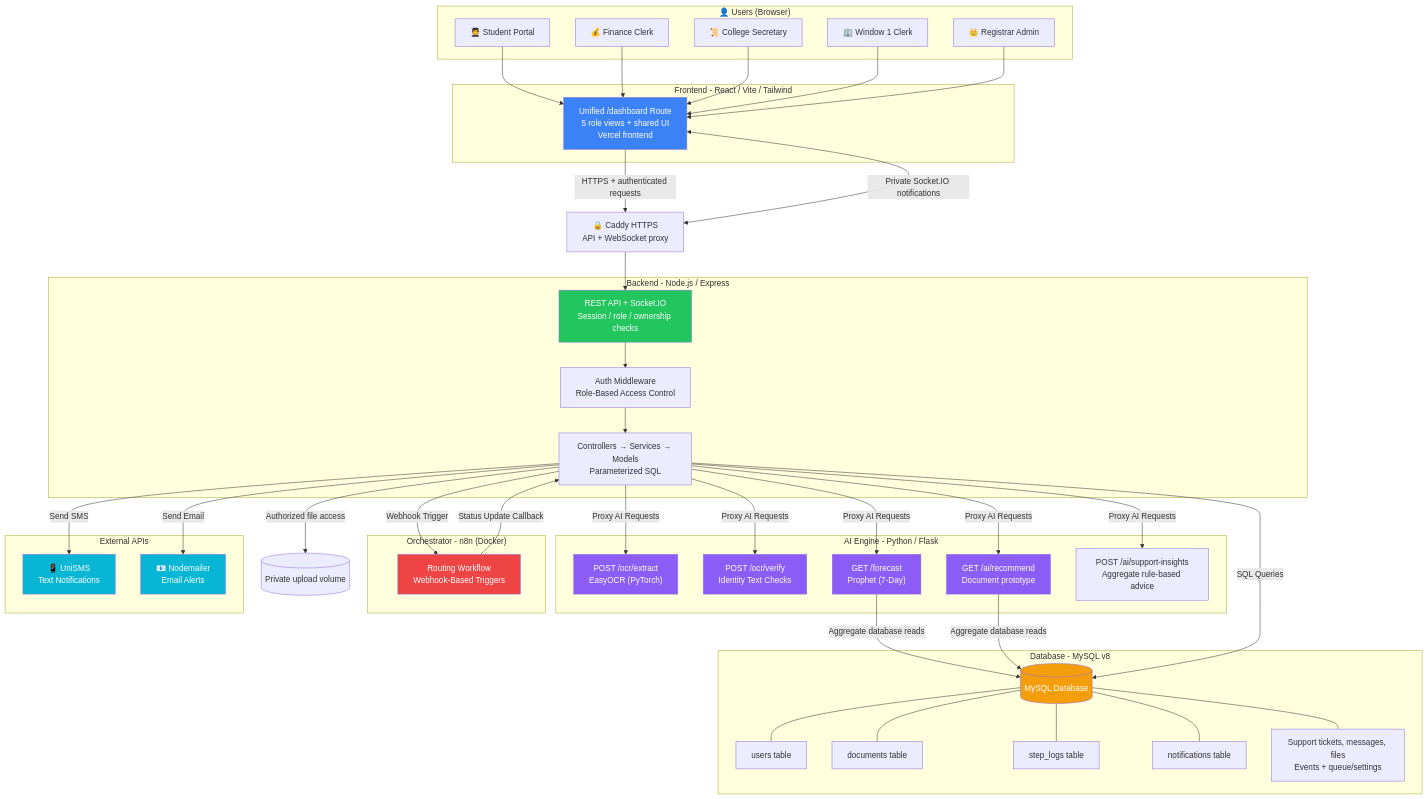
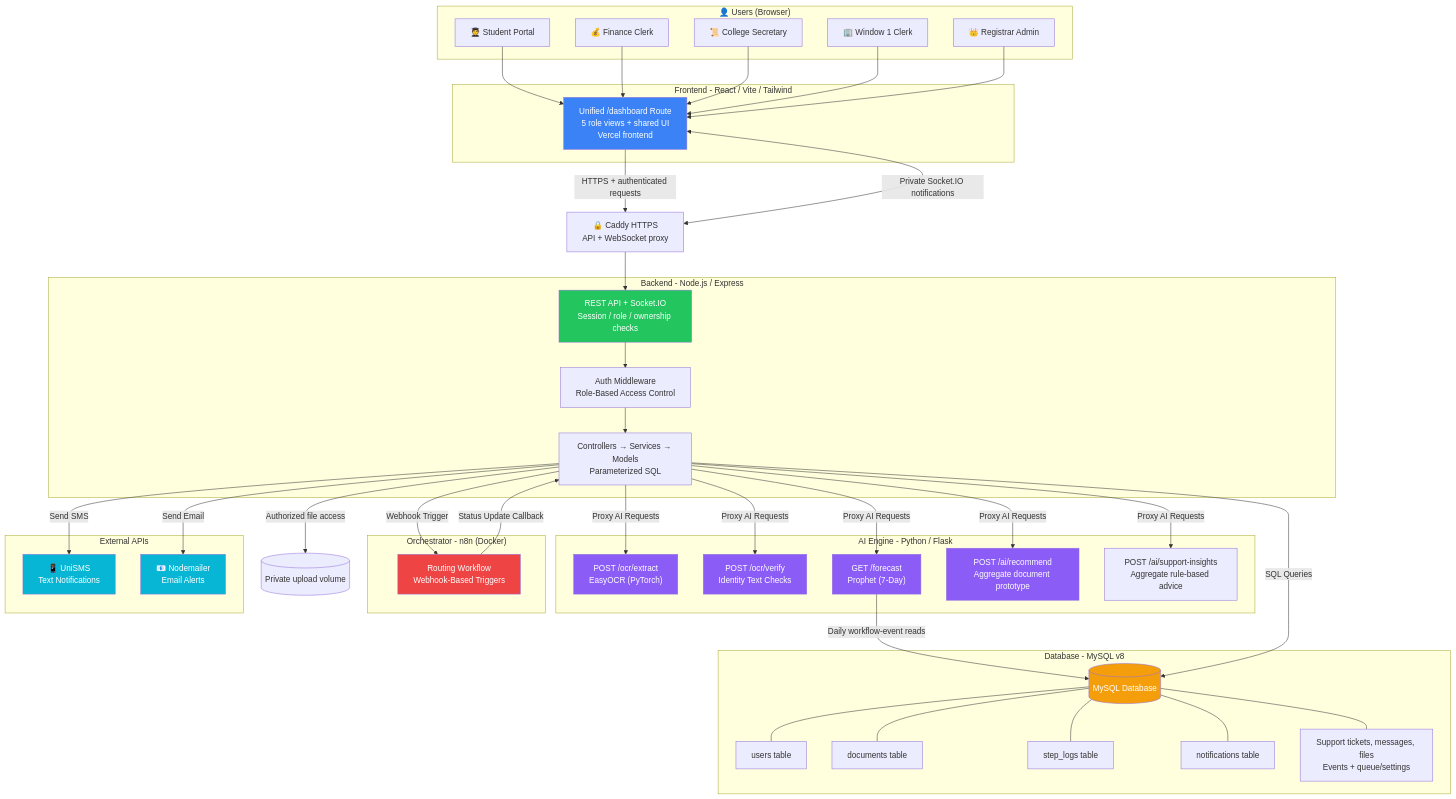
One commit to mafuyyuuu/Project-TRACE changed the first of 5 diagrams in docs/CAPSTONE_DEFENSE_GUIDE.md. Above: the diagram before and after it, drawn with Mermaid. The commit also changed other lines of this file and 28 other files, not shown here.

````diff
--- a/docs/CAPSTONE_DEFENSE_GUIDE.md
+++ b/docs/CAPSTONE_DEFENSE_GUIDE.md
@@ -23,74 +23,74 @@
 ```mermaid
 graph TB
     subgraph "👤 Users (Browser)"
         STU["🧑‍🎓 Student Portal"]
         FIN["💰 Finance Clerk"]
         SEC["📜 College Secretary"]
         W1["🏢 Window 1 Clerk"]
         ADM["👑 Registrar Admin"]
     end
 
     subgraph "Frontend - React / Vite / Tailwind"
         UI["Unified /dashboard Route<br/>5 role views + shared UI<br/>Vercel frontend"]
     end
 
     subgraph "Backend - Node.js / Express"
         API["REST API + Socket.IO<br/>Session / role / ownership checks"]
         AUTH["Auth Middleware<br/>Role-Based Access Control"]
         ROUTES["Controllers → Services → Models<br/>Parameterized SQL"]
     end
 
     subgraph "Database - MySQL v8"
         DB[("MySQL Database")]
         USERS["users table"]
         DOCS["documents table"]
         LOGS["step_logs table"]
         NOTIFS["notifications table"]
         TICKETS["Support tickets, messages, files<br/>Events + queue/settings"]
     end
 
     subgraph "AI Engine - Python / Flask"
         OCR["POST /ocr/extract<br/>EasyOCR (PyTorch)"]
         VERIFY["POST /ocr/verify<br/>Identity Text Checks"]
         FORECAST["GET /forecast<br/>Prophet (7-Day)"]
-        INSIGHTS["GET /ai/recommend<br/>Document prototype"]
+        INSIGHTS["POST /ai/recommend<br/>Aggregate document prototype"]
         SUPPORTAI["POST /ai/support-insights<br/>Aggregate rule-based advice"]
     end
 
     subgraph "Orchestrator - n8n (Docker)"
         N8N["Routing Workflow<br/>Webhook-Based Triggers"]
     end
 
     subgraph "External APIs"
         SMS["📱 UniSMS<br/>Text Notifications"]
         EMAIL["📧 Nodemailer<br/>Email Alerts"]
     end
 
     STU & FIN & SEC & W1 & ADM --> UI
     PROXY["🔒 Caddy HTTPS<br/>API + WebSocket proxy"]
     FILES[("Private upload volume")]
     UI -->|"HTTPS + authenticated requests"| PROXY
     UI <-->|"Private Socket.IO notifications"| PROXY
     PROXY --> API
     ROUTES -->|"Authorized file access"| FILES
-    FORECAST & INSIGHTS -->|"Aggregate database reads"| DB
+    FORECAST -->|"Daily workflow-event reads"| DB
     API --> AUTH --> ROUTES
     ROUTES -->|"SQL Queries"| DB
     DB --- USERS & DOCS & LOGS & NOTIFS & TICKETS
     ROUTES -->|"Proxy AI Requests"| OCR & VERIFY & FORECAST & INSIGHTS & SUPPORTAI
     ROUTES -->|"Webhook Trigger"| N8N
     N8N -->|"Status Update Callback"| ROUTES
     ROUTES -->|"Send SMS"| SMS
     ROUTES -->|"Send Email"| EMAIL
 
     style UI fill:#3b82f6,color:#fff
     style API fill:#22c55e,color:#fff
     style DB fill:#f59e0b,color:#fff
     style OCR fill:#8b5cf6,color:#fff
     style VERIFY fill:#8b5cf6,color:#fff
     style FORECAST fill:#8b5cf6,color:#fff
     style INSIGHTS fill:#8b5cf6,color:#fff
     style N8N fill:#ef4444,color:#fff
     style SMS fill:#06b6d4,color:#fff
     style EMAIL fill:#06b6d4,color:#fff
 ```
````
